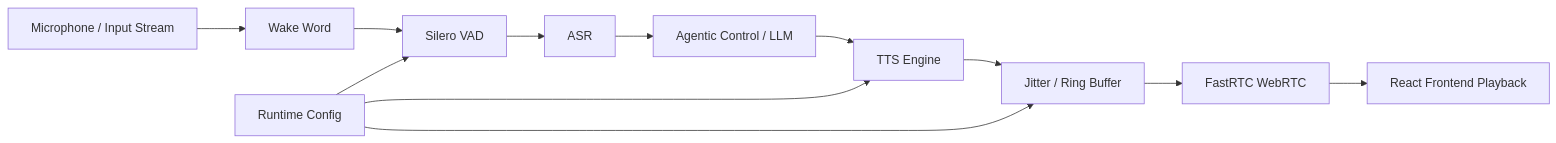
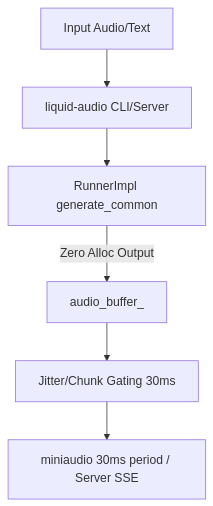
Before and after one commit to carlosfundora/llama.cpp-1-bit-turbo: the diagram in .agents/reports/auralis-audio-optimization.md, drawn with Mermaid. The commit also changed other lines of this file and 3 other files, not shown here.

First line of the commit message:
perf(audio): Optimize TTS latency path in liquid-audio

````diff
--- a/.agents/reports/auralis-audio-optimization.md
+++ b/.agents/reports/auralis-audio-optimization.md
@@ -40,15 +89,8 @@
 ```mermaid
-flowchart LR
-    Mic[Microphone / Input Stream] --> Wake[Wake Word]
-    Wake --> VAD[Silero VAD]
-    VAD --> ASR[ASR]
-    ASR --> Agent[Agentic Control / LLM]
-    Agent --> TTS[TTS Engine]
-    TTS --> Buffer[Jitter / Ring Buffer]
-    Buffer --> Transport[FastRTC WebRTC]
-    Transport --> UI[React Frontend Playback]
-
-    Config[Runtime Config] --> VAD
-    Config --> TTS
-    Config --> Buffer
+flowchart TD
+    A[Input Audio/Text] --> B[liquid-audio CLI/Server]
+    B --> C[RunnerImpl generate_common]
+    C -->|Zero Alloc Output| D[audio_buffer_]
+    D --> E[Jitter/Chunk Gating 30ms]
+    E --> F[miniaudio 30ms period / Server SSE]
 ```
````
